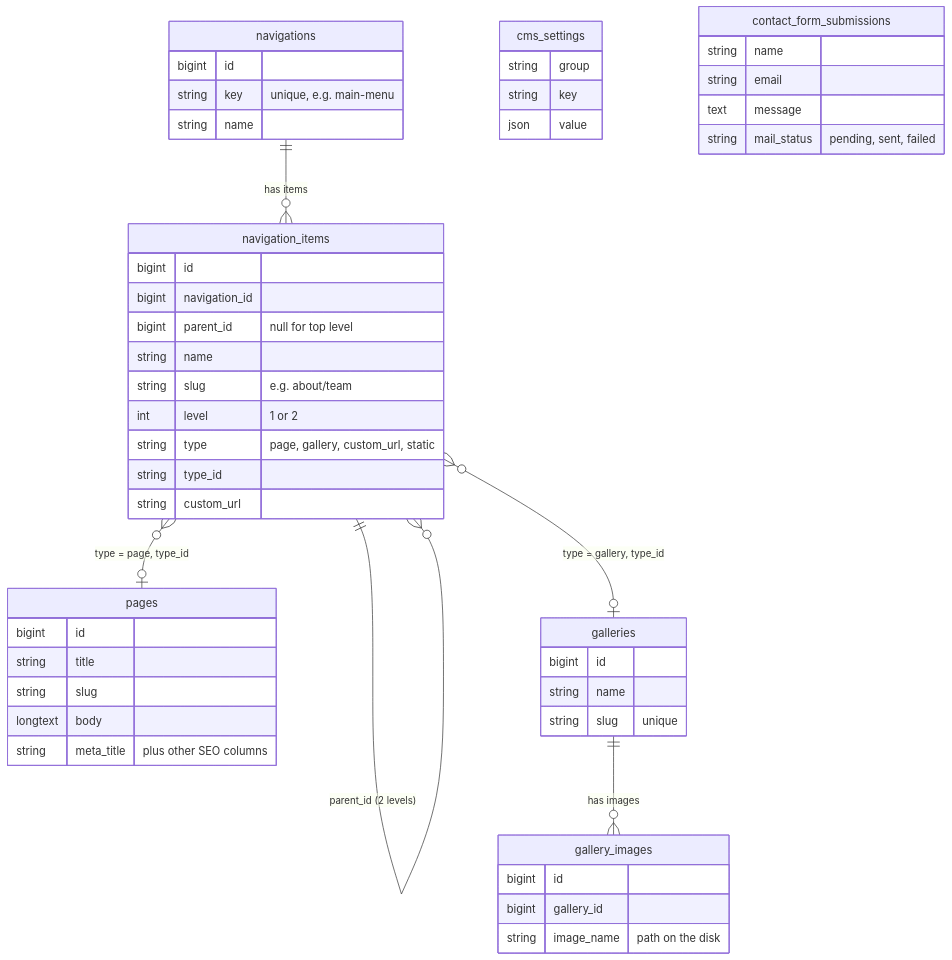
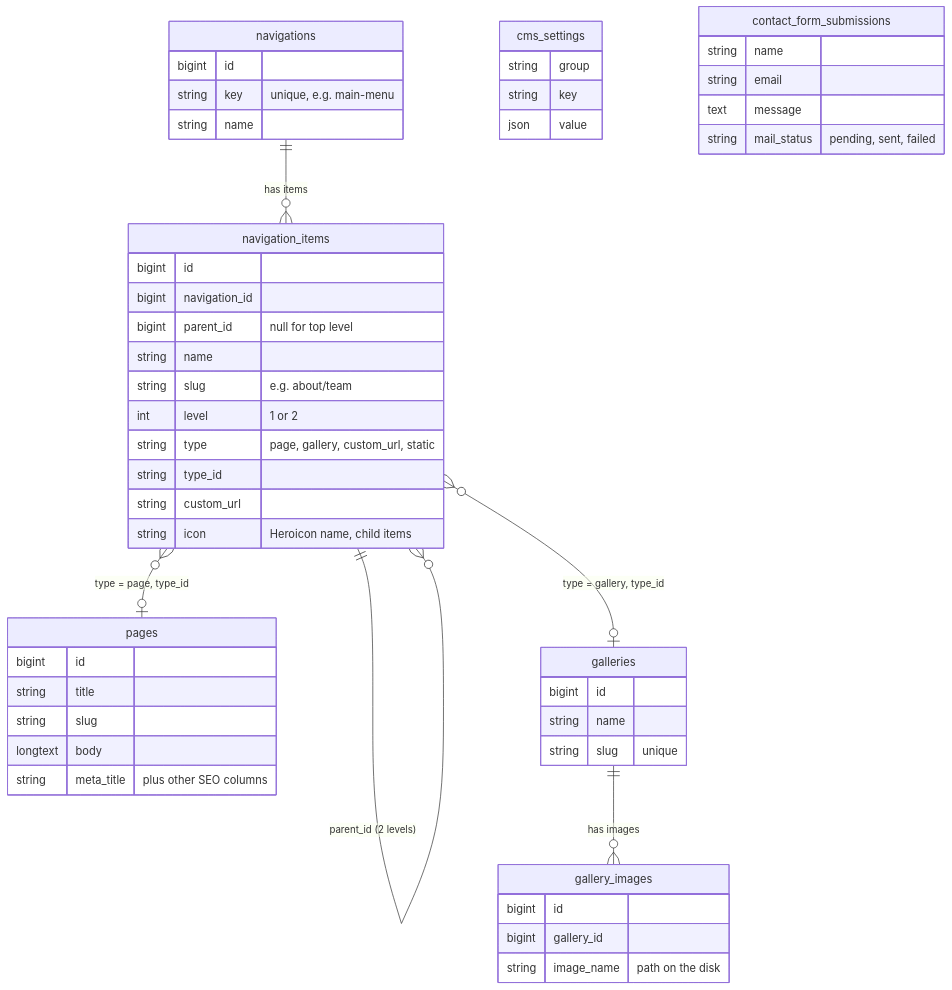
The diagram in docs/concepts.md (zaheensayyed/filament-cms), drawn with Mermaid before and after one commit. The commit also changed other lines of this file and 11 other files, not shown here.

First line of the commit message:
Add Heroicon support for child navigation items

````diff
--- a/docs/concepts.md
+++ b/docs/concepts.md
@@ -50,53 +53,54 @@
 ```mermaid
 erDiagram
     navigations ||--o{ navigation_items : "has items"
     navigation_items ||--o{ navigation_items : "parent_id (2 levels)"
     navigation_items }o--o| pages : "type = page, type_id"
     navigation_items }o--o| galleries : "type = gallery, type_id"
     galleries ||--o{ gallery_images : "has images"
 
     navigations {
         bigint id
         string key "unique, e.g. main-menu"
         string name
     }
     navigation_items {
         bigint id
         bigint navigation_id
         bigint parent_id "null for top level"
         string name
         string slug "e.g. about/team"
         int level "1 or 2"
         string type "page, gallery, custom_url, static"
         string type_id
         string custom_url
+        string icon "Heroicon name, child items"
     }
     pages {
         bigint id
         string title
         string slug
         longtext body
         string meta_title "plus other SEO columns"
     }
     galleries {
         bigint id
         string name
         string slug "unique"
     }
     gallery_images {
         bigint id
         bigint gallery_id
         string image_name "path on the disk"
     }
     cms_settings {
         string group
         string key
         json value
     }
     contact_form_submissions {
         string name
         string email
         text message
         string mail_status "pending, sent, failed"
     }
 ```
````
